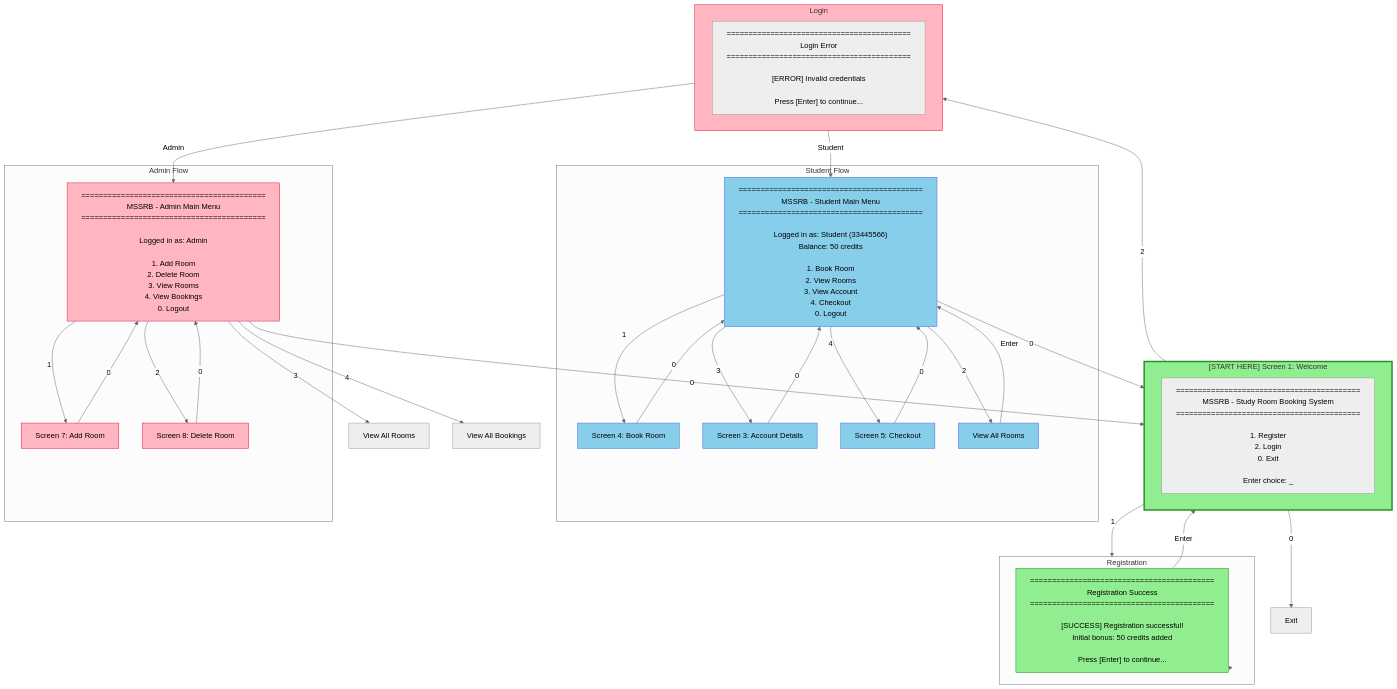
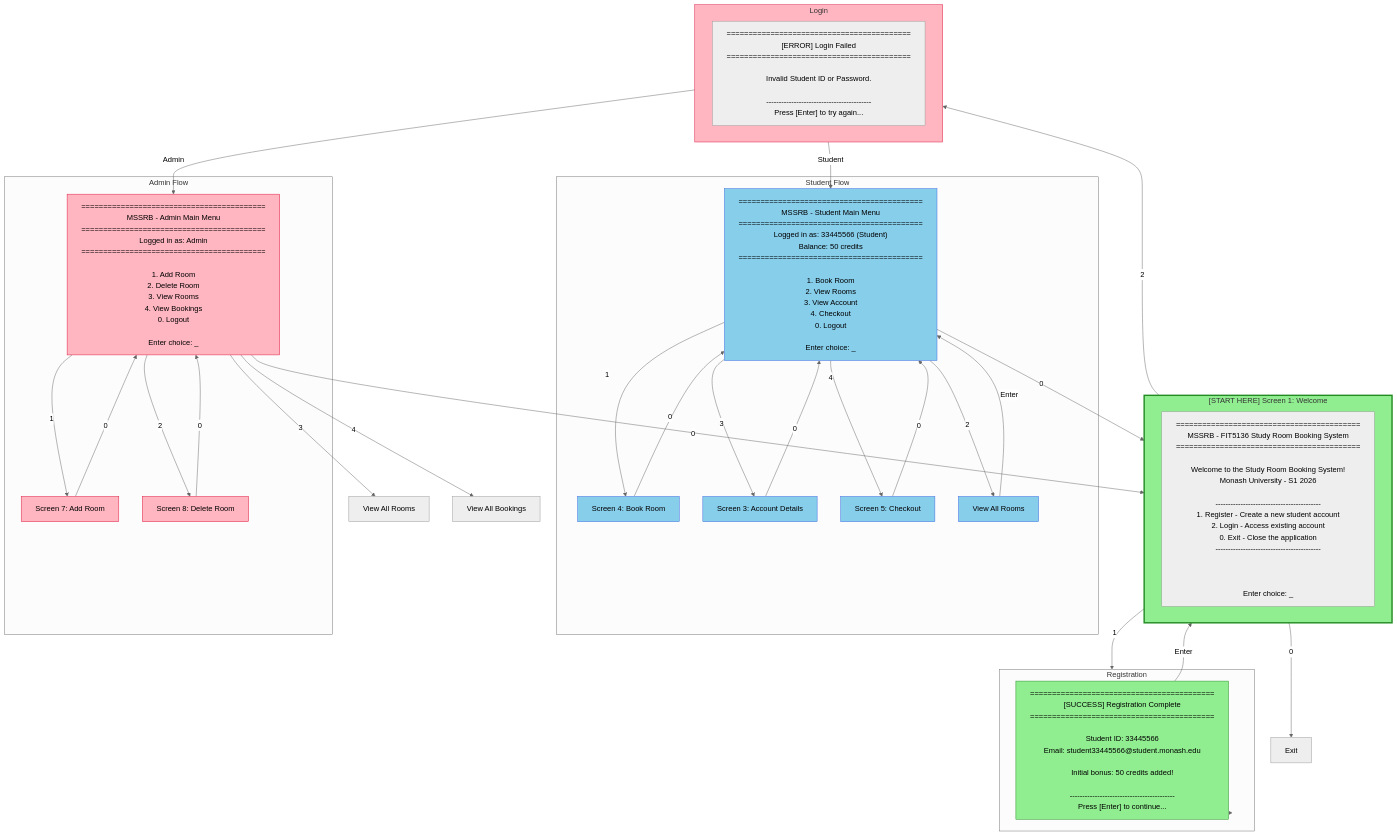
One commit to alii0110-monash/fit5136-study-room-booking changed the diagram in mermaid/member_c/09_complete_system_flow.mmd. Above: the diagram before and after it, drawn with Mermaid (neutral theme). The commit also changed 14 other files, not shown here.

First line of the commit message:
Enrich all Mermaid screens with complete UI content

```diff
--- a/mermaid/member_c/09_complete_system_flow.mmd
+++ b/mermaid/member_c/09_complete_system_flow.mmd
@@ -1,119 +1,134 @@
 flowchart TB
     subgraph START["[START HERE] Screen 1: Welcome"]
         W1["
 ==========================================
-MSSRB - Study Room Booking System
+MSSRB - FIT5136 Study Room Booking System
 ==========================================
 
-1. Register
-2. Login
-0. Exit
+Welcome to the Study Room Booking System!
+Monash University - S1 2026
+
+------------------------------------------
+1. Register - Create a new student account
+2. Login - Access existing account
+0. Exit - Close the application
+------------------------------------------
+
+
 
 Enter choice: _        "]
     end
 
     subgraph REGISTER["Registration"]
         R1["
 ==========================================
-Registration Success
+[SUCCESS] Registration Complete
 ==========================================
 
-[SUCCESS] Registration successful!
-Initial bonus: 50 credits added
+Student ID: 33445566
+Email: student33445566@student.monash.edu
 
+Initial bonus: 50 credits added!
+
+------------------------------------------
 Press [Enter] to continue...
         "]
     end
 
     subgraph LOGIN["Login"]
         L1["
 ==========================================
-Login Error
+[ERROR] Login Failed
 ==========================================
 
-[ERROR] Invalid credentials
+Invalid Student ID or Password.
 
-Press [Enter] to continue...
+------------------------------------------
+Press [Enter] to try again...
         "]
     end
 
     subgraph STUDENT["Student Flow"]
         SM["
 ==========================================
 MSSRB - Student Main Menu
 ==========================================
-
-Logged in as: Student (33445566)
+Logged in as: 33445566 (Student)
 Balance: 50 credits
+==========================================
 
 1. Book Room
 2. View Rooms
 3. View Account
 4. Checkout
 0. Logout
+
+Enter choice: _
         "]
         BOOK["Screen 4: Book Room"]
         ACCOUNT["Screen 3: Account Details"]
         CHECKOUT["Screen 5: Checkout"]
         VIEW_ROOMS["View All Rooms"]
     end
 
     subgraph ADMIN["Admin Flow"]
         AM["
 ==========================================
 MSSRB - Admin Main Menu
 ==========================================
-
 Logged in as: Admin
+==========================================
 
 1. Add Room
 2. Delete Room
 3. View Rooms
 4. View Bookings
 0. Logout
+
+Enter choice: _
         "]
         ADD["Screen 7: Add Room"]
         DELETE["Screen 8: Delete Room"]
     end
 
     START -->|"1"| REGISTER
     START -->|"2"| LOGIN
     START -->|"0"| EXIT["Exit"]
 
     REGISTER --> R1
     R1 -->|"Enter"| START
 
     LOGIN -->|"Student"| SM
     LOGIN -->|"Admin"| AM
 
     SM -->|"1"| BOOK
     SM -->|"2"| VIEW_ROOMS
     SM -->|"3"| ACCOUNT
     SM -->|"4"| CHECKOUT
     SM -->|"0"| START
 
     BOOK -->|"0"| SM
     ACCOUNT -->|"0"| SM
     CHECKOUT -->|"0"| SM
     VIEW_ROOMS -->|"Enter"| SM
 
     AM -->|"1"| ADD
     AM -->|"2"| DELETE
     AM -->|"3"| VIEW_ROOMS_ADMIN["View All Rooms"]
     AM -->|"4"| VIEW_BOOKINGS["View All Bookings"]
     AM -->|"0"| START
 
     ADD -->|"0"| AM
     DELETE -->|"0"| AM
 
     style START fill:#90EE90,stroke:#228B22,stroke-width:3px
     style R1 fill:#90EE90,stroke:#228B22
     style SM fill:#87CEEB,stroke:#4169E1
     style AM fill:#FFB6C1,stroke:#DC143C
     style LOGIN fill:#FFB6C1,stroke:#DC143C
     style BOOK fill:#87CEEB,stroke:#4169E1
     style ACCOUNT fill:#87CEEB,stroke:#4169E1
     style CHECKOUT fill:#87CEEB,stroke:#4169E1
     style VIEW_ROOMS fill:#87CEEB,stroke:#4169E1
     style ADD fill:#FFB6C1,stroke:#DC143C
     style DELETE fill:#FFB6C1,stroke:#DC143C
```
